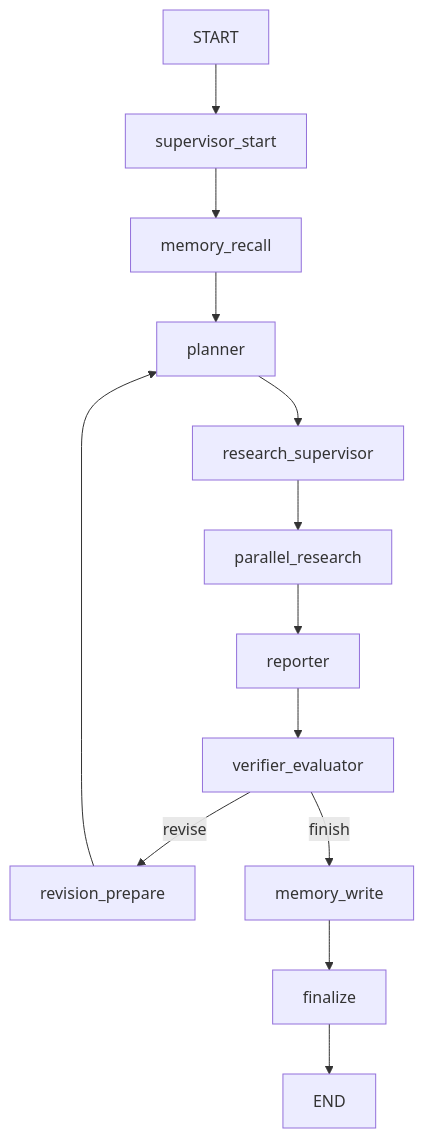
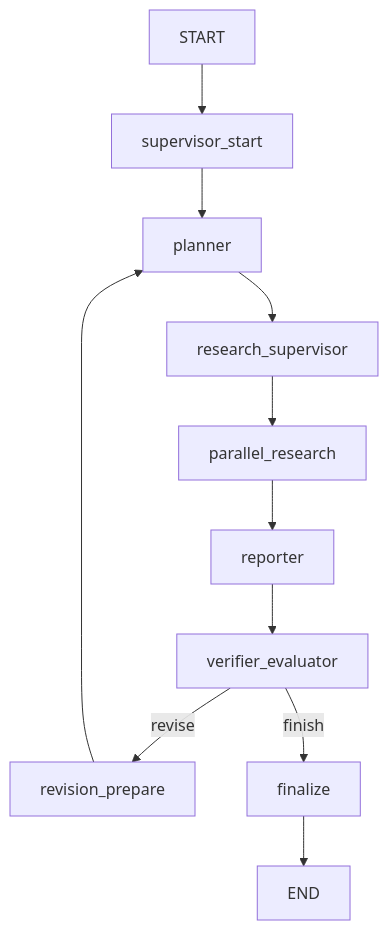
Before and after one commit to tangfire/agentic-research-copilot: the diagram in docs/learning/zh/ai_research_copilot_graph_runtime_py_guide_zh.md, drawn with Mermaid. The commit also changed other lines of this file and 47 other files, not shown here.

````diff
--- a/docs/learning/zh/ai_research_copilot_graph_runtime_py_guide_zh.md
+++ b/docs/learning/zh/ai_research_copilot_graph_runtime_py_guide_zh.md
@@ -13,15 +9,13 @@
 ```mermaid
 flowchart TD
-    START --> supervisor_start
-    supervisor_start --> memory_recall
-    memory_recall --> planner
-    planner --> research_supervisor
-    research_supervisor --> parallel_research
-    parallel_research --> reporter
-    reporter --> verifier_evaluator
-    verifier_evaluator -->|revise| revision_prepare
-    verifier_evaluator -->|finish| memory_write
-    revision_prepare --> planner
-    memory_write --> finalize
-    finalize --> END
+  START --> supervisor_start
+  supervisor_start --> planner
+  planner --> research_supervisor
+  research_supervisor --> parallel_research
+  parallel_research --> reporter
+  reporter --> verifier_evaluator
+  verifier_evaluator -->|revise| revision_prepare
+  revision_prepare --> planner
+  verifier_evaluator -->|finish| finalize
+  finalize --> END
 ```
````
